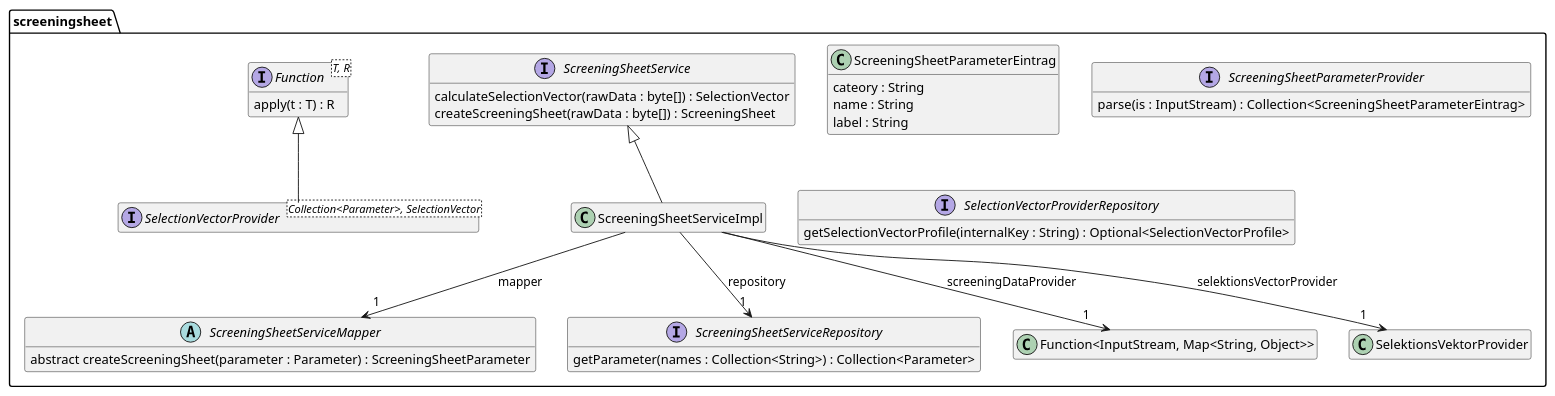
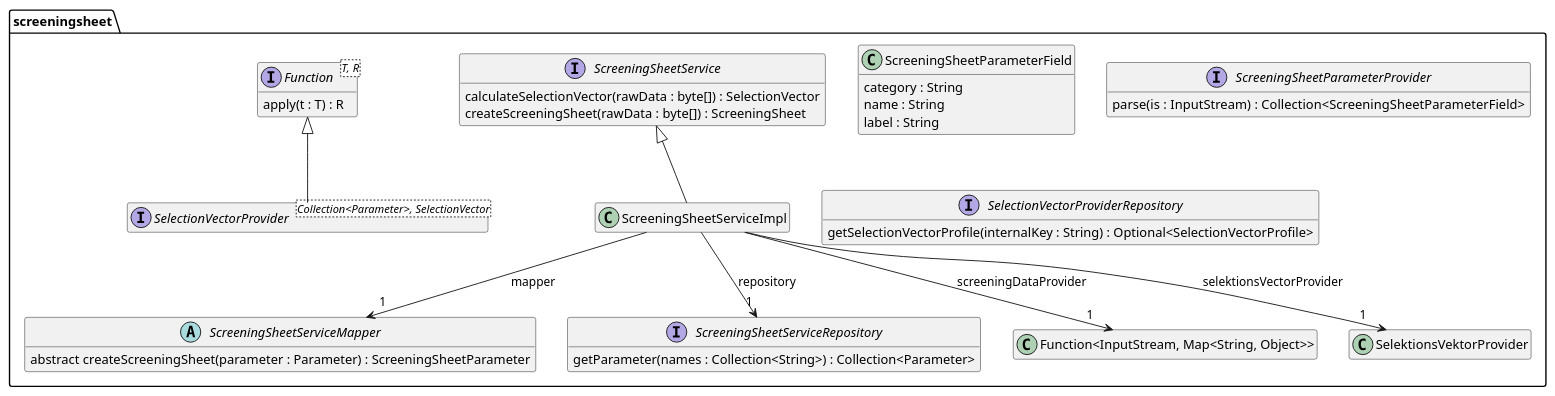
The diagram in src/site/arc42/plantuml/core/screeningsheet/Ebene3.plantuml (tailoringexpert/platform), drawn with PlantUML before and after one commit. The commit also changed 5 other files, not shown here.

Commit message:
feature/tenant_interface_diagrams

```diff
--- a/src/site/arc42/plantuml/core/screeningsheet/Ebene3.plantuml
+++ b/src/site/arc42/plantuml/core/screeningsheet/Ebene3.plantuml
@@ -1,52 +1,52 @@
 @startuml Ebene3.png
 hide empty members
 
 package screeningsheet {
-    class ScreeningSheetParameterEintrag {
-        cateory : String
+    class ScreeningSheetParameterField {
+        category : String
         name : String
         label : String
     }
 
     interface ScreeningSheetParameterProvider {
-        parse(is : InputStream) :  Collection<ScreeningSheetParameterEintrag>
+        parse(is : InputStream) :  Collection<ScreeningSheetParameterField>
     }
 
     abstract class ScreeningSheetServiceMapper {
         abstract createScreeningSheet(parameter : Parameter) : ScreeningSheetParameter
     }
 
     interface ScreeningSheetService {
         calculateSelectionVector(rawData : byte[]) : SelectionVector
         createScreeningSheet(rawData : byte[]) : ScreeningSheet
     }
 
     interface ScreeningSheetServiceRepository {
         getParameter(names : Collection<String>) : Collection<Parameter>
     }
 
     interface SelectionVectorProviderRepository {
         getSelectionVectorProfile(internalKey : String) : Optional<SelectionVectorProfile>
     }
 
     interface "Function<T, R>" as Function{
         apply(t : T) : R
     }
     interface SelectionVectorProvider<Collection<Parameter>, SelectionVector> {
     }
     Function <|-- SelectionVectorProvider
 
 
     class ScreeningSheetServiceImpl {
     }
     ScreeningSheetService <|-- ScreeningSheetServiceImpl
     ScreeningSheetServiceImpl --> "1" ScreeningSheetServiceMapper : mapper
     ScreeningSheetServiceImpl --> "1" ScreeningSheetServiceRepository : repository
     ScreeningSheetServiceImpl --> "1" "Function<InputStream, Map<String, Object>>"  : screeningDataProvider
     ScreeningSheetServiceImpl --> "1" SelektionsVektorProvider : selektionsVectorProvider
 
 
 
 
 }
 @enduml
```
